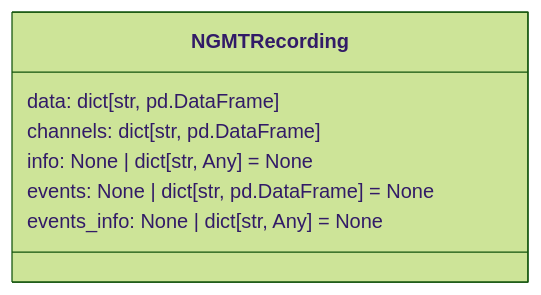
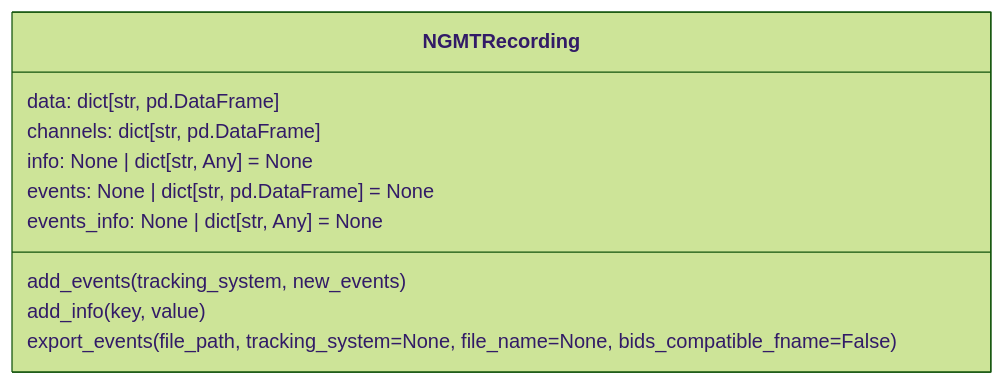
Before and after one commit to neurogeriatricskiel/KielMAT: the diagram in README.md, drawn with Mermaid (forest theme). The commit also changed 7 other files, not shown here.

````diff
--- a/README.md
+++ b/README.md
@@ -40,11 +40,14 @@
 ```mermaid
 classDiagram
    class NGMTRecording {
       data: dict[str, pd.DataFrame]
       channels: dict[str, pd.DataFrame]
       info: None | dict[str, Any] = None
       events: None | dict[str, pd.DataFrame] = None
       events_info: None | dict[str, Any] = None
+      add_events(tracking_system, new_events)
+      add_info(key, value)
+      export_events(file_path, tracking_system=None, file_name=None, bids_compatible_fname=False)
    }
 
 ```
````
